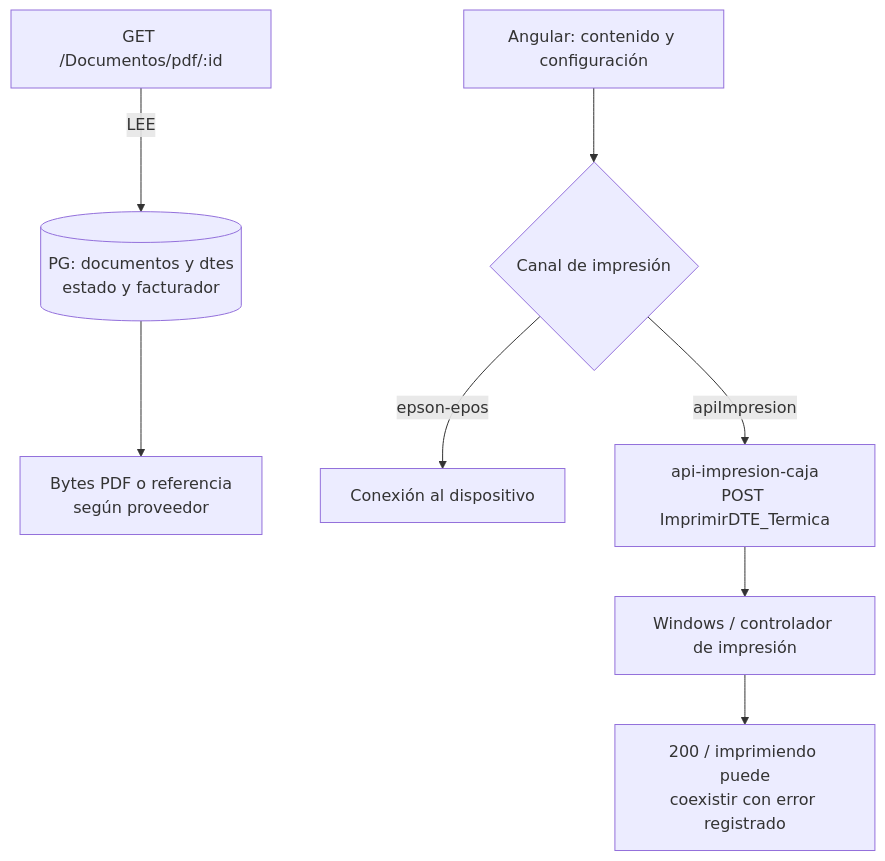
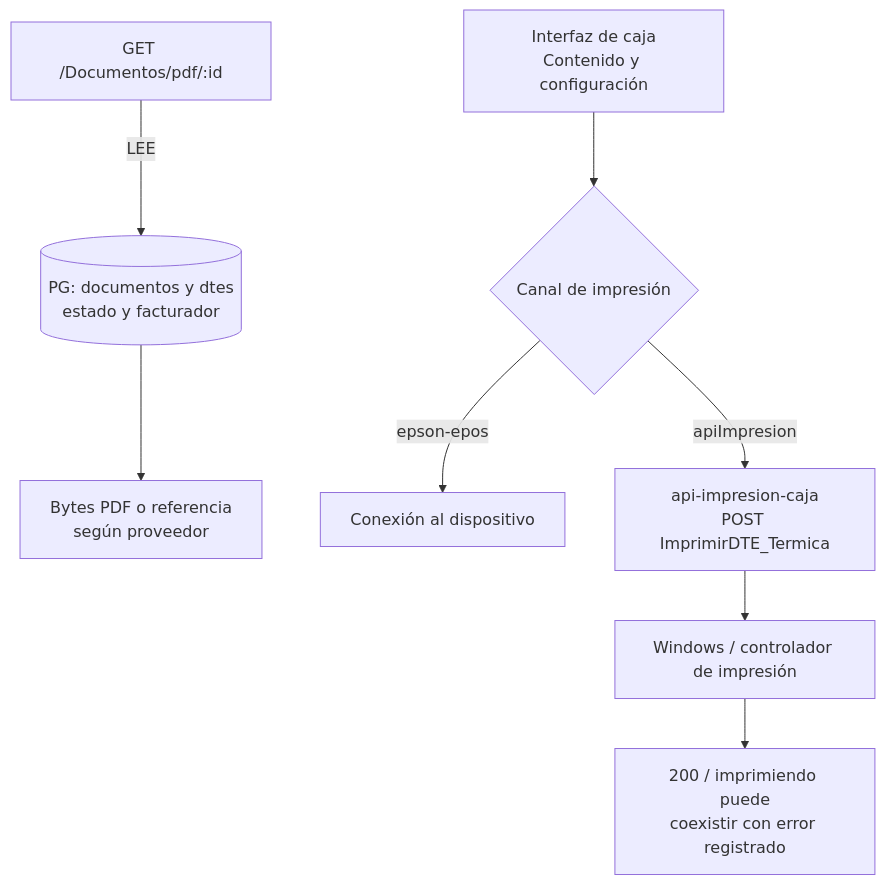
Before and after one commit to floxcristian/pos-architecture: the diagram in presentation/diagrams/operation-print-current.mmd, drawn with Mermaid. The commit also changed 11 other files, not shown here.

```diff
--- a/presentation/diagrams/operation-print-current.mmd
+++ b/presentation/diagrams/operation-print-current.mmd
@@ -1,8 +1,8 @@
 flowchart TB
   PDF["GET /Documentos/pdf/:id"] -->|"LEE"| DOC[("PG: documentos y dtes<br/>estado y facturador")]
   DOC --> REPRESENT["Bytes PDF o referencia<br/>según proveedor"]
-  PRINT["Angular: contenido y configuración"] --> CHANNEL{"Canal de impresión"}
+  PRINT["Interfaz de caja<br/>Contenido y configuración"] --> CHANNEL{"Canal de impresión"}
   CHANNEL -->|"epson-epos"| EPOS["Conexión al dispositivo"]
   CHANNEL -->|"apiImpresion"| API["api-impresion-caja<br/>POST ImprimirDTE_Termica"]
   API --> SPOOL["Windows / controlador de impresión"]
   SPOOL --> RESULT["200 / imprimiendo puede<br/>coexistir con error registrado"]
```
